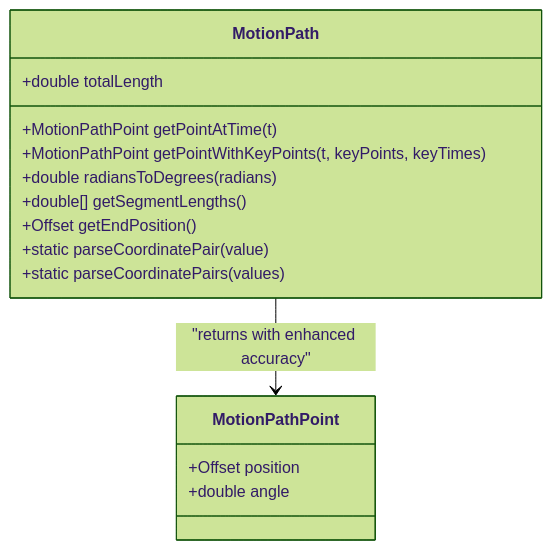
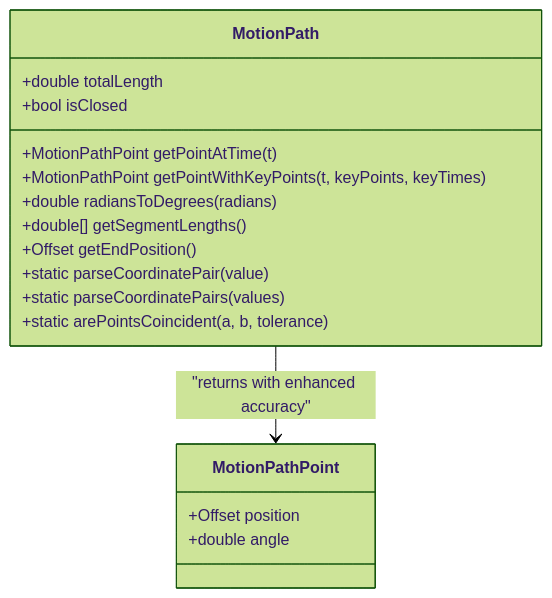
The sixth of 7 diagrams in .qoder/repowiki/en/content/Animated SVG Support/SMIL Animation Specification/SMIL Motion Animation.md (denisnadey/flutter_full_svg_support), drawn with Mermaid (forest theme) before and after one commit. The commit also changed other lines of this file and 18 other files, not shown here.

````diff
--- a/.qoder/repowiki/en/content/Animated SVG Support/SMIL Animation Specification/SMIL Motion Animation.md
+++ b/.qoder/repowiki/en/content/Animated SVG Support/SMIL Animation Specification/SMIL Motion Animation.md
@@ -292,18 +312,20 @@
 ```mermaid
 classDiagram
 class MotionPath {
 +double totalLength
++bool isClosed
 +MotionPathPoint getPointAtTime(t)
 +MotionPathPoint getPointWithKeyPoints(t, keyPoints, keyTimes)
 +double radiansToDegrees(radians)
 +double[] getSegmentLengths()
 +Offset getEndPosition()
 +static parseCoordinatePair(value)
 +static parseCoordinatePairs(values)
++static arePointsCoincident(a, b, tolerance)
 }
 class MotionPathPoint {
 +Offset position
 +double angle
 }
 MotionPath --> MotionPathPoint : "returns with enhanced accuracy"
 ```
````
